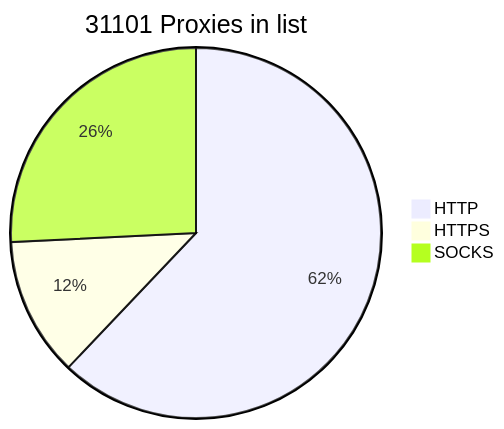
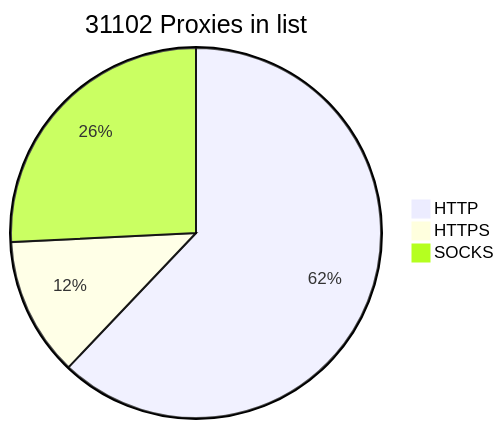
One commit to BlackSnowDot/proxylist-update-every-minute changed the diagram in README.md. Above: the diagram before and after it, drawn with Mermaid.

````diff
--- a/README.md
+++ b/README.md
@@ -2,6 +2,6 @@
 ```mermaid
-pie title 31101 Proxies in list
+pie title 31102 Proxies in list
     "HTTP" : 21242
     "HTTPS": 4150
-    "SOCKS" : 8821
+    "SOCKS" : 8822
 ```
````
